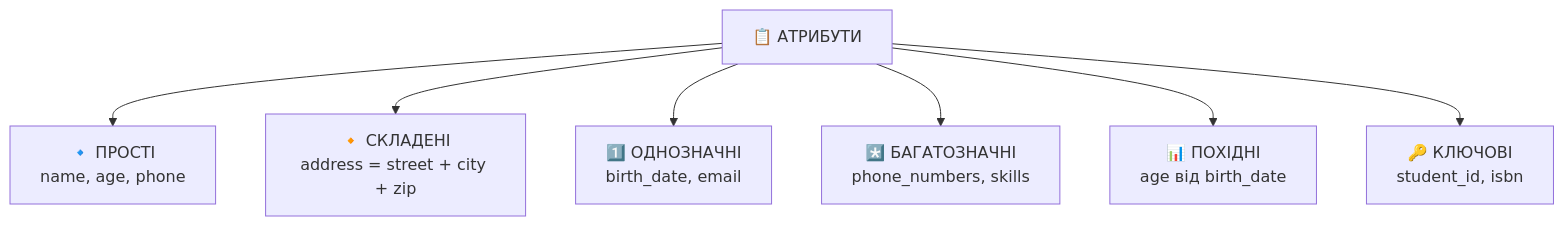
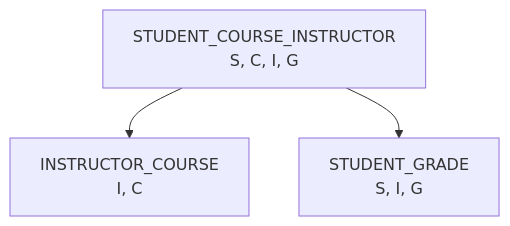
Diagram 11 of 14 in presentations/presentation-05.md (olroi421/course-bd), drawn with Mermaid before and after one commit. The commit also changed other lines of this file and 12 other files, not shown here.

````diff
--- a/presentations/presentation-05.md
+++ b/presentations/presentation-05.md
@@ -211,9 +552,5 @@
 ```mermaid
 graph TD
-    A[📋 АТРИБУТИ] --> B[🔹 ПРОСТІ<br/>name, age, phone]
-    A --> C[🔸 СКЛАДЕНІ<br/>address = street + city + zip]
-    A --> D[1️⃣ ОДНОЗНАЧНІ<br/>birth_date, email]
-    A --> E[*️⃣ БАГАТОЗНАЧНІ<br/>phone_numbers, skills]
-    A --> F[📊 ПОХІДНІ<br/>age від birth_date]
-    A --> G[🔑 КЛЮЧОВІ<br/>student_id, isbn]
+    A[STUDENT_COURSE_INSTRUCTOR<br/>S, C, I, G] --> B[INSTRUCTOR_COURSE<br/>I, C]
+    A --> C[STUDENT_GRADE<br/>S, I, G]
 ```
````
